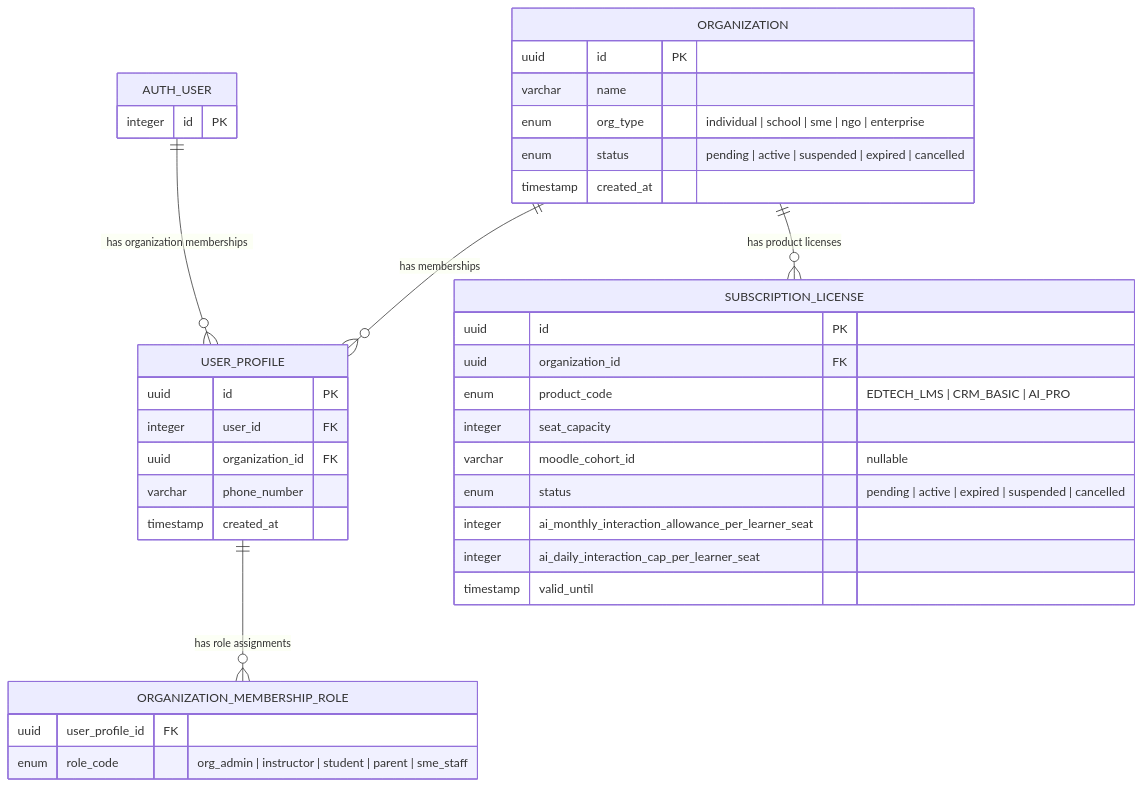
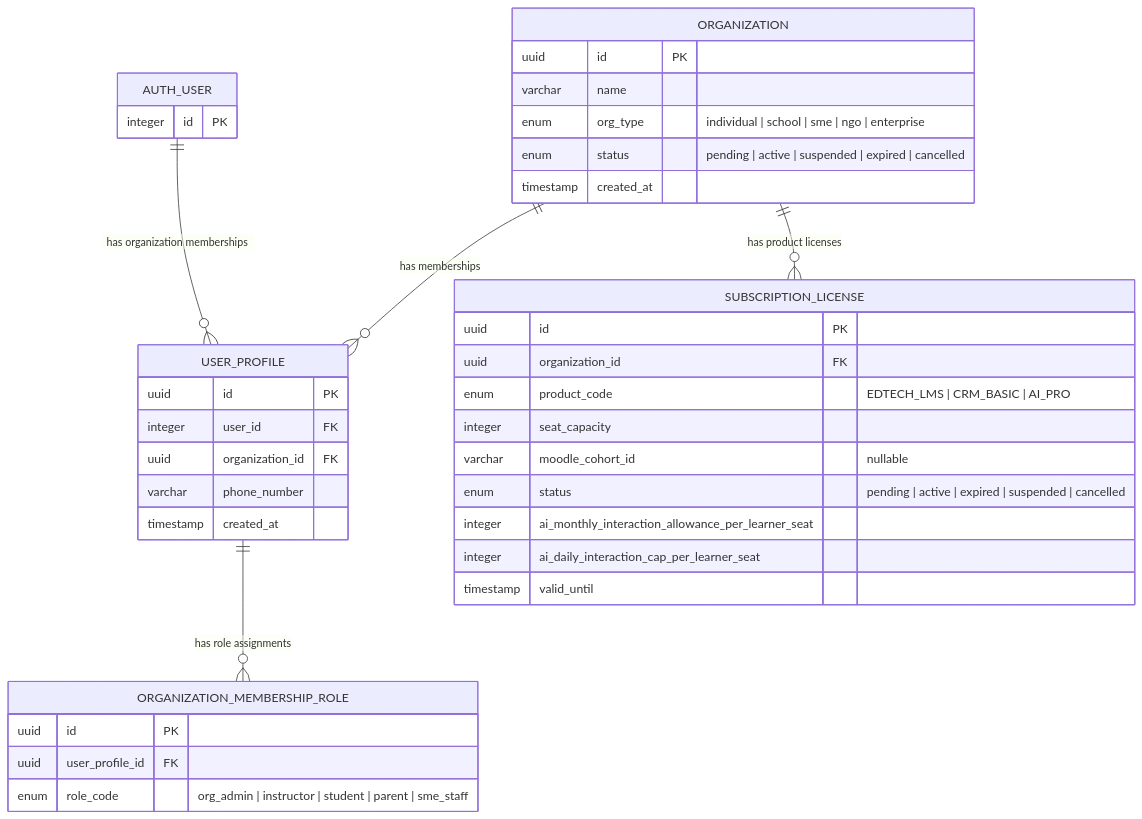
One commit to inovatx-lab/core changed the fifth of 8 diagrams in inovatx_context/inovatx_uml.md. Above: the diagram before and after it, drawn with Mermaid. The commit also changed other lines of this file and 7 other files, not shown here.

First line of the commit message:
docs(core): complete task 1.1.3 schema plan

````diff
--- a/inovatx_context/inovatx_uml.md
+++ b/inovatx_context/inovatx_uml.md
@@ -226,44 +226,45 @@
 ```mermaid
  erDiagram
     AUTH_USER ||--o{ USER_PROFILE : "has organization memberships"
     ORGANIZATION ||--o{ USER_PROFILE : "has memberships"
     USER_PROFILE ||--o{ ORGANIZATION_MEMBERSHIP_ROLE : "has role assignments"
     ORGANIZATION ||--o{ SUBSCRIPTION_LICENSE : "has product licenses"
 
     AUTH_USER {
         integer id PK
     }
 
     ORGANIZATION {
         uuid id PK
         varchar name
         enum org_type "individual | school | sme | ngo | enterprise"
         enum status "pending | active | suspended | expired | cancelled"
         timestamp created_at
     }
 
     USER_PROFILE {
         uuid id PK
         integer user_id FK
         uuid organization_id FK
         varchar phone_number
         timestamp created_at
     }
 
     ORGANIZATION_MEMBERSHIP_ROLE {
+        uuid id PK
         uuid user_profile_id FK
         enum role_code "org_admin | instructor | student | parent | sme_staff"
     }
 
     SUBSCRIPTION_LICENSE {
         uuid id PK
         uuid organization_id FK
         enum product_code "EDTECH_LMS | CRM_BASIC | AI_PRO"
         integer seat_capacity
         varchar moodle_cohort_id "nullable"
         enum status "pending | active | expired | suspended | cancelled"
         integer ai_monthly_interaction_allowance_per_learner_seat
         integer ai_daily_interaction_cap_per_learner_seat
         timestamp valid_until
     }
 ```
````
